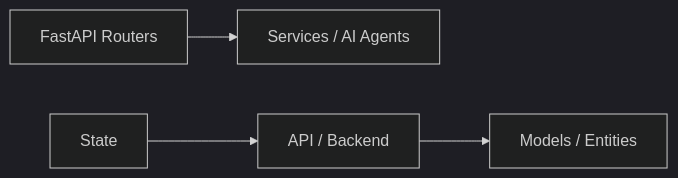
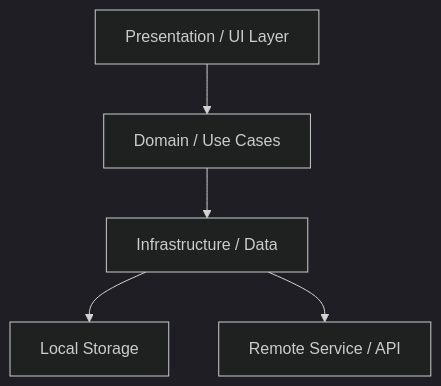
Before and after one commit to Agent-Rules-Ecosystem/python-agent-rules: the diagram in templates/architecture.md, drawn with Mermaid (dark theme). The commit also changed other lines of this file and 1 other file, not shown here.

Commit message:
fix(arch): align $archi with ARCHITECTURE_STANDARD.md v1.1 (Hub & Spoke + migration protocol)

````diff
--- a/templates/architecture.md
+++ b/templates/architecture.md
@@ -5,6 +16,7 @@
 ```mermaid
-graph LR
-    API[FastAPI Routers] --> Core[Services / AI Agents]
-    State --> Service[API / Backend]
-    Service --> Model[Models / Entities]
+graph TD
+    UI[Presentation / UI Layer] --> DOMAIN[Domain / Use Cases]
+    DOMAIN --> INFRA[Infrastructure / Data]
+    INFRA --> LOCAL[Local Storage]
+    INFRA --> REMOTE[Remote Service / API]
 ```
````
